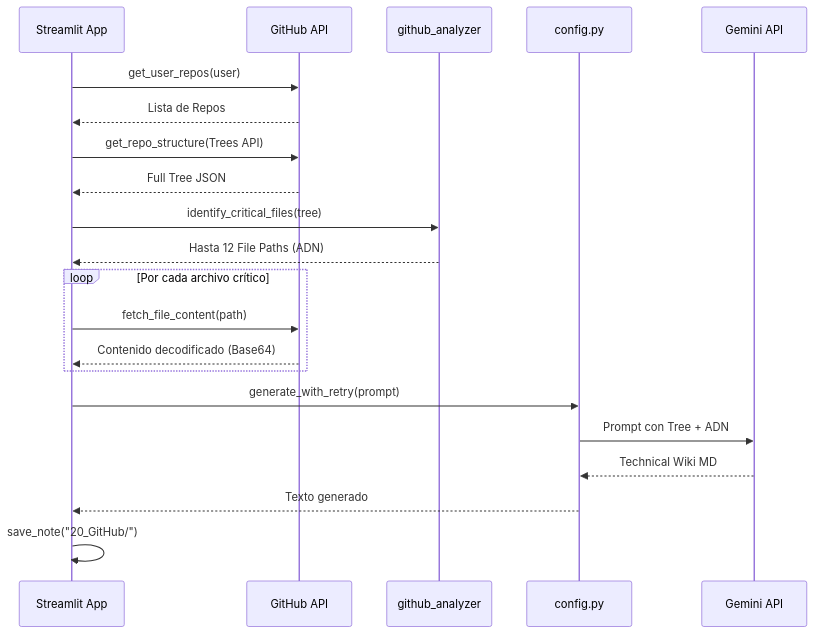
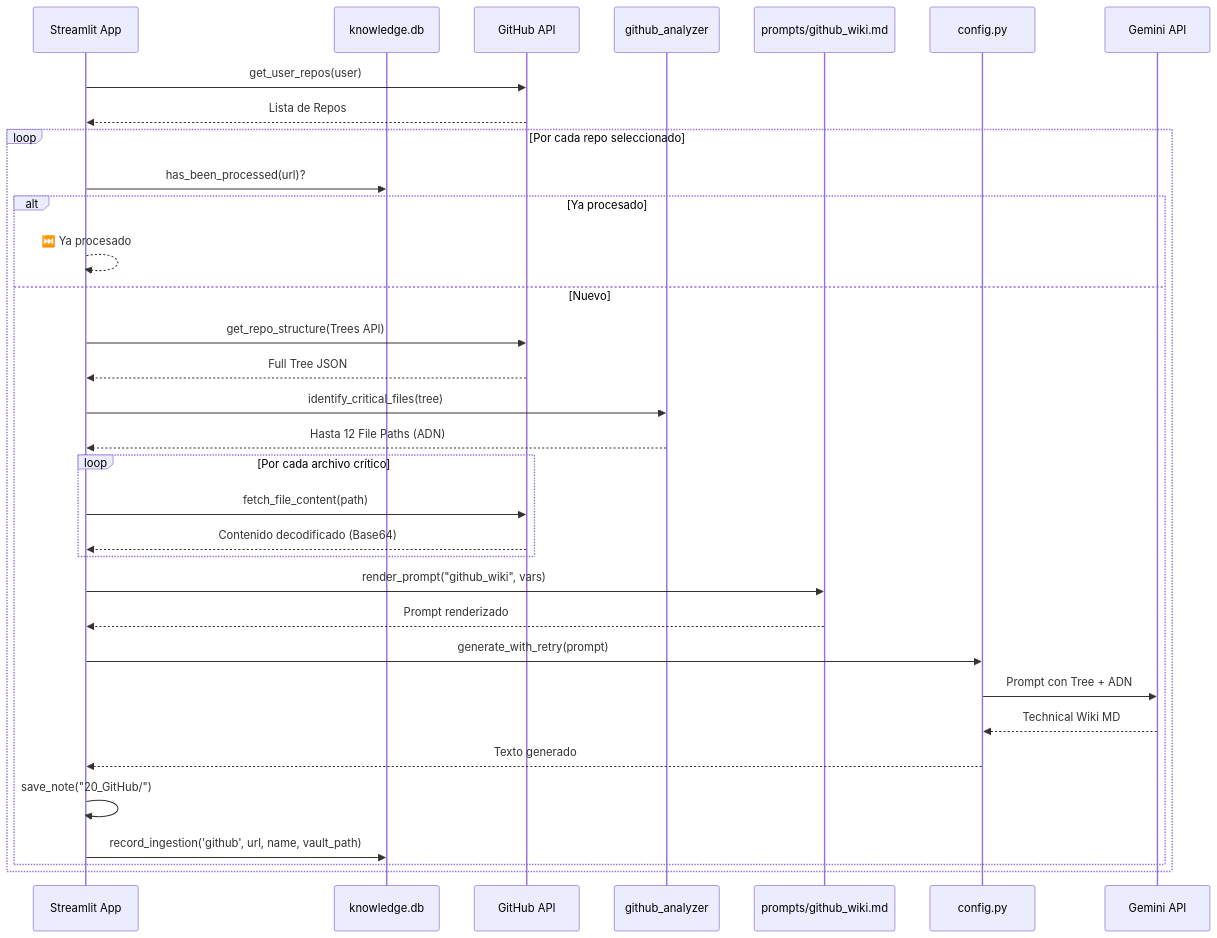
One commit to luuisaguilar/deep-audit-knowledge-engine changed the second of 8 diagrams in docs/FLOWS.md. Above: the diagram before and after it, drawn with Mermaid. The commit also changed other lines of this file and 7 other files, not shown here.

````diff
--- a/docs/FLOWS.md
+++ b/docs/FLOWS.md
@@ -36,24 +48,36 @@
 ```mermaid
 sequenceDiagram
     participant S as Streamlit App
+    participant DB as knowledge.db
     participant GH as GitHub API
     participant GA as github_analyzer
+    participant PT as prompts/github_wiki.md
     participant C as config.py
     participant G as Gemini API
 
     S->>GH: get_user_repos(user)
     GH-->>S: Lista de Repos
-    S->>GH: get_repo_structure(Trees API)
-    GH-->>S: Full Tree JSON
-    S->>GA: identify_critical_files(tree)
-    GA-->>S: Hasta 12 File Paths (ADN)
-    loop Por cada archivo crítico
-        S->>GH: fetch_file_content(path)
-        GH-->>S: Contenido decodificado (Base64)
+    loop Por cada repo seleccionado
+        S->>DB: has_been_processed(url)?
+        alt Ya procesado
+            S-->>S: ⏭️ Ya procesado
+        else Nuevo
+            S->>GH: get_repo_structure(Trees API)
+            GH-->>S: Full Tree JSON
+            S->>GA: identify_critical_files(tree)
+            GA-->>S: Hasta 12 File Paths (ADN)
+            loop Por cada archivo crítico
+                S->>GH: fetch_file_content(path)
+                GH-->>S: Contenido decodificado (Base64)
+            end
+            S->>PT: render_prompt("github_wiki", vars)
+            PT-->>S: Prompt renderizado
+            S->>C: generate_with_retry(prompt)
+            C->>G: Prompt con Tree + ADN
+            G-->>C: Technical Wiki MD
+            C-->>S: Texto generado
+            S->>S: save_note("20_GitHub/")
+            S->>DB: record_ingestion('github', url, name, vault_path)
+        end
     end
-    S->>C: generate_with_retry(prompt)
-    C->>G: Prompt con Tree + ADN
-    G-->>C: Technical Wiki MD
-    C-->>S: Texto generado
-    S->>S: save_note("20_GitHub/")
 ```
````
